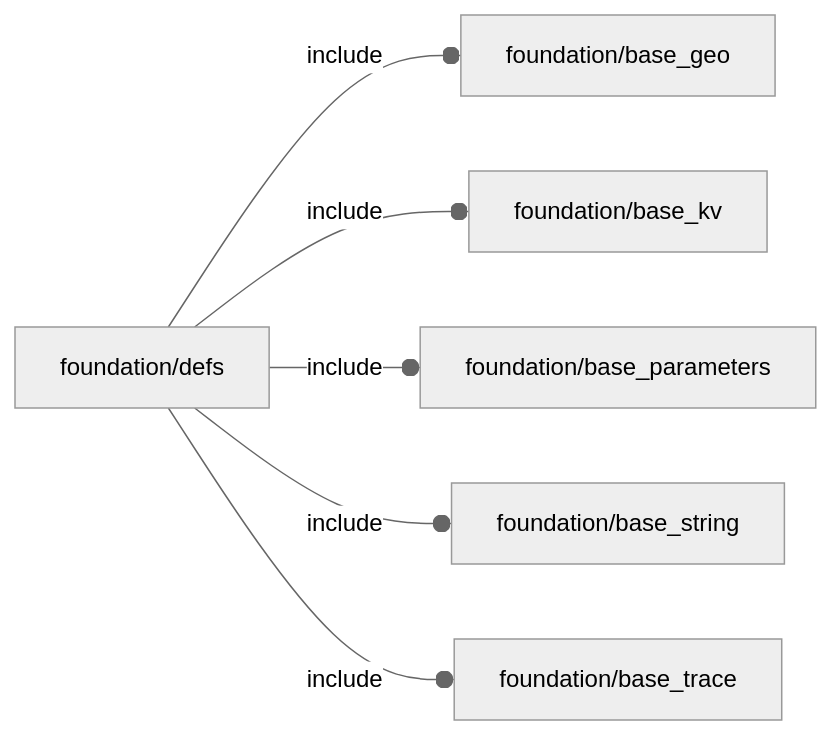
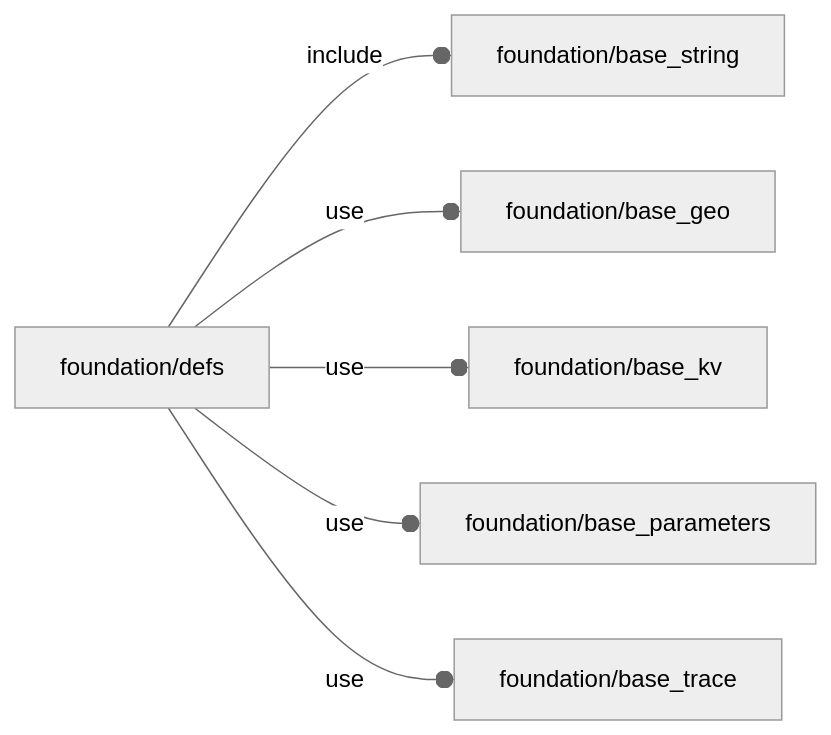
One commit to ggabbiani/OFL changed the diagram in orthodocs/foundation/defs.md. Above: the diagram before and after it, drawn with Mermaid (neutral theme). The commit also changed other lines of this file and 74 other files, not shown here.

````diff
--- a/orthodocs/foundation/defs.md
+++ b/orthodocs/foundation/defs.md
@@ -5,8 +5,8 @@
 ```mermaid
 graph LR
-    A1[foundation/defs] --o|include| A2[foundation/base_geo]
-    A1 --o|include| A3[foundation/base_kv]
-    A1 --o|include| A4[foundation/base_parameters]
-    A1 --o|include| A5[foundation/base_string]
-    A1 --o|include| A6[foundation/base_trace]
+    A1[foundation/defs] --o|include| A2[foundation/base_string]
+    A1 --o|use| A3[foundation/base_geo]
+    A1 --o|use| A4[foundation/base_kv]
+    A1 --o|use| A5[foundation/base_parameters]
+    A1 --o|use| A6[foundation/base_trace]
 ```
````
